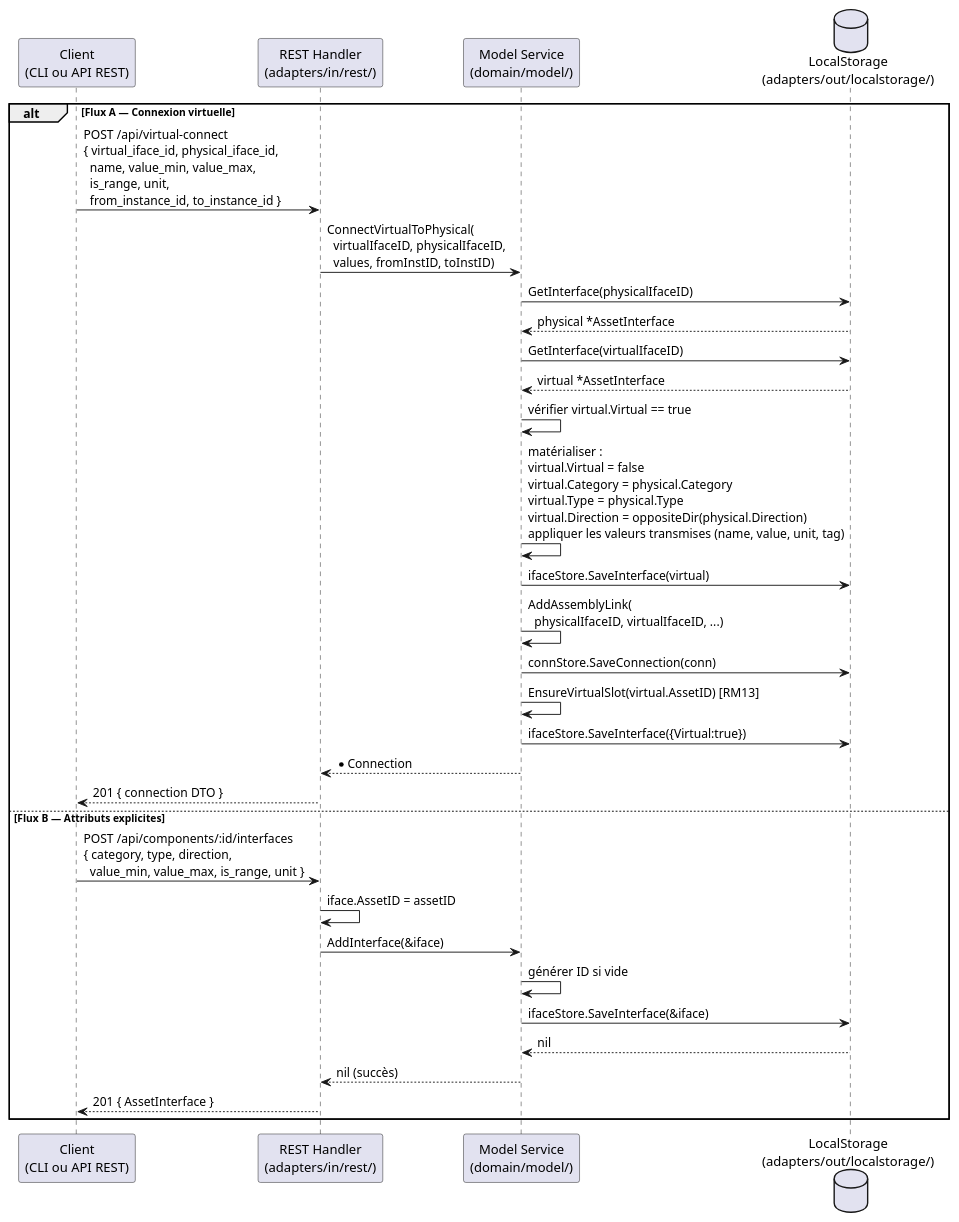
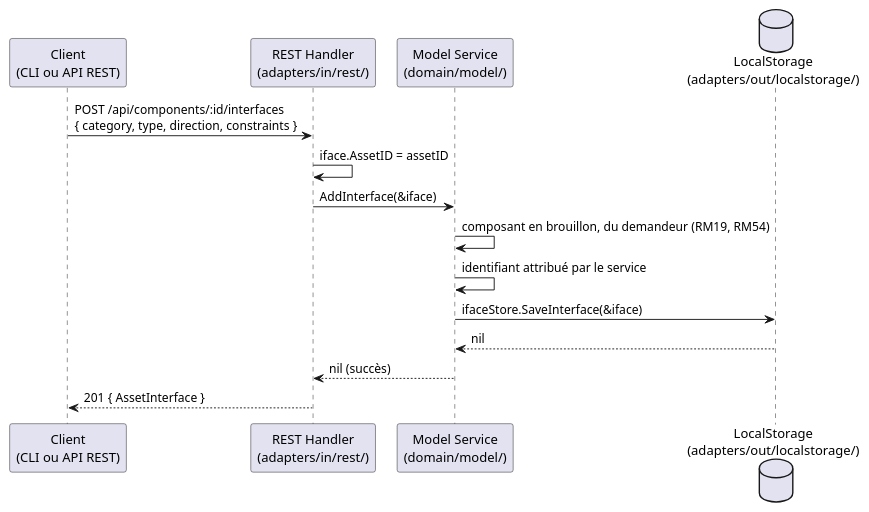
Before and after one commit to myr-forge/myr-core: the second of 2 diagrams in specs/2-Analyse/UCAM-Assemblage_Module/UCAM03.md, drawn with PlantUML. The commit also changed other lines of this file and 49 other files, not shown here.

````diff
--- a/specs/2-Analyse/UCAM-Assemblage_Module/UCAM03.md
+++ b/specs/2-Analyse/UCAM-Assemblage_Module/UCAM03.md
@@ -253,52 +110,19 @@
 ```plantuml
 @startuml
 participant "Client\n(CLI ou API REST)" as Client
 participant "REST Handler\n(adapters/in/rest/)" as REST
 participant "Model Service\n(domain/model/)" as Service
 database "LocalStorage\n(adapters/out/localstorage/)" as Local
 
-alt Flux A — Connexion virtuelle
-
-    Client -> REST : POST /api/virtual-connect\n{ virtual_iface_id, physical_iface_id,\n  name, value_min, value_max,\n  is_range, unit,\n  from_instance_id, to_instance_id }
-
-    REST -> Service : ConnectVirtualToPhysical(\n  virtualIfaceID, physicalIfaceID,\n  values, fromInstID, toInstID)
-
-    Service -> Local : GetInterface(physicalIfaceID)
-    Local --> Service : physical *AssetInterface
-
-    Service -> Local : GetInterface(virtualIfaceID)
-    Local --> Service : virtual *AssetInterface
-
-    Service -> Service : vérifier virtual.Virtual == true
-
-    Service -> Service : matérialiser :\nvirtual.Virtual = false\nvirtual.Category = physical.Category\nvirtual.Type = physical.Type\nvirtual.Direction = oppositeDir(physical.Direction)\nappliquer les valeurs transmises (name, value, unit, tag)
-
-    Service -> Local : ifaceStore.SaveInterface(virtual)
-
-    Service -> Service : AddAssemblyLink(\n  physicalIfaceID, virtualIfaceID, ...)
-    Service -> Local : connStore.SaveConnection(conn)
-
-    Service -> Service : EnsureVirtualSlot(virtual.AssetID) [RM13]
-    Service -> Local : ifaceStore.SaveInterface({Virtual:true})
-
-    Service --> REST : *Connection
-    REST --> Client : 201 { connection DTO }
-
-else Flux B — Attributs explicites
-
-    Client -> REST : POST /api/components/:id/interfaces\n{ category, type, direction,\n  value_min, value_max, is_range, unit }
-
-    REST -> REST : iface.AssetID = assetID
-
-    REST -> Service : AddInterface(&iface)
-    Service -> Service : générer ID si vide
-    Service -> Local : ifaceStore.SaveInterface(&iface)
-    Local --> Service : nil
-
-    Service --> REST : nil (succès)
-    REST --> Client : 201 { AssetInterface }
-
-end
+Client -> REST : POST /api/components/:id/interfaces\n{ category, type, direction, constraints }
+REST -> REST : iface.AssetID = assetID
+REST -> Service : AddInterface(&iface)
+Service -> Service : composant en brouillon, du demandeur (RM19, RM54)
+Service -> Service : identifiant attribué par le service
+Service -> Local : ifaceStore.SaveInterface(&iface)
+Local --> Service : nil
+Service --> REST : nil (succès)
+REST --> Client : 201 { AssetInterface }
 
 @enduml
 ```
````
